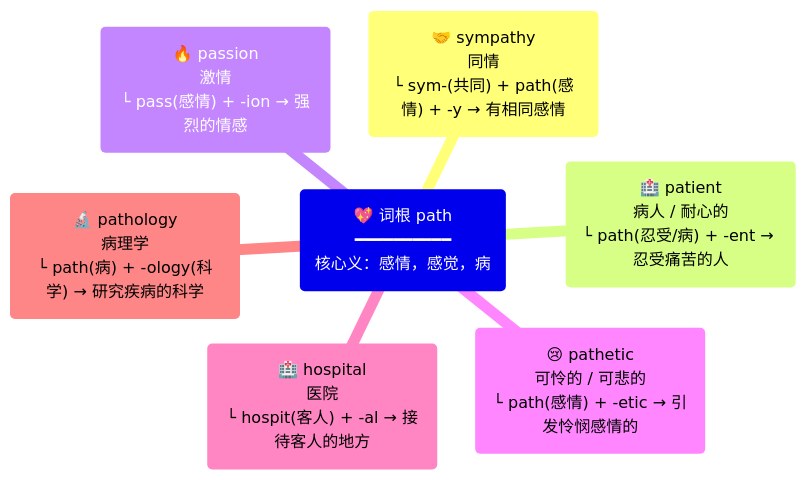
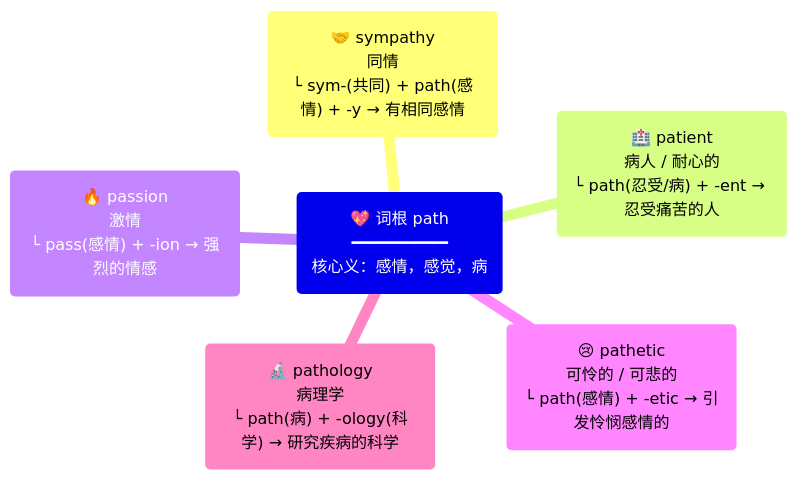
One commit to suhuide/h changed diagram 24 of 31 in files/other/e.md. Above: the diagram before and after it, drawn with Mermaid. The commit also changed other lines of this file and 5 other files, not shown here.

````diff
--- a/files/other/e.md
+++ b/files/other/e.md
@@ -258,10 +257,9 @@
 ```mermaid
 mindmap
   root("💖 词根 path<br>━━━━━━━━━━<br>核心义：感情，感觉，病")
     sympathy("🤝 sympathy<br>同情<br>└ sym-(共同) + path(感情) + -y → 有相同感情")
     patient("🏥 patient<br>病人 / 耐心的<br>└ path(忍受/病) + -ent → 忍受痛苦的人")
     passion("🔥 passion<br>激情<br>└ pass(感情) + -ion → 强烈的情感")
     pathetic("😢 pathetic<br>可怜的 / 可悲的<br>└ path(感情) + -etic → 引发怜悯感情的")
-    hospital("🏥 hospital<br>医院<br>└ hospit(客人) + -al → 接待客人的地方")
     pathology("🔬 pathology<br>病理学<br>└ path(病) + -ology(科学) → 研究疾病的科学")
 ```
````
